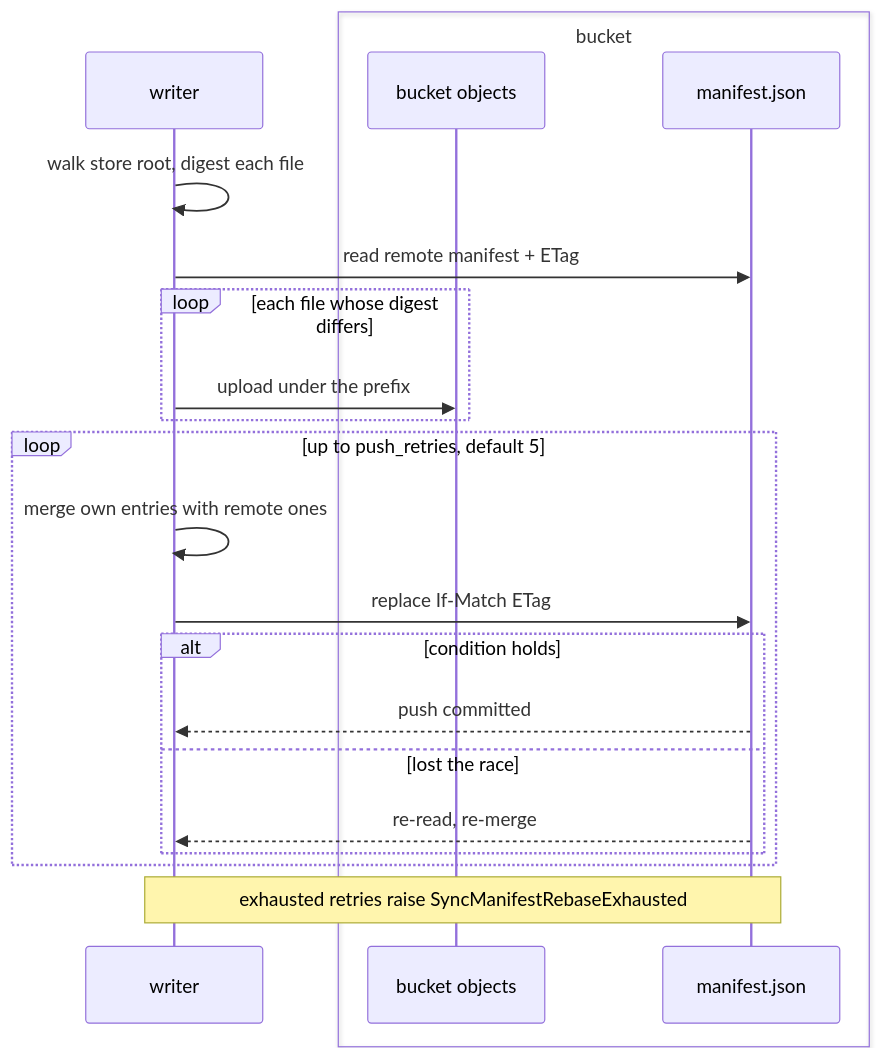
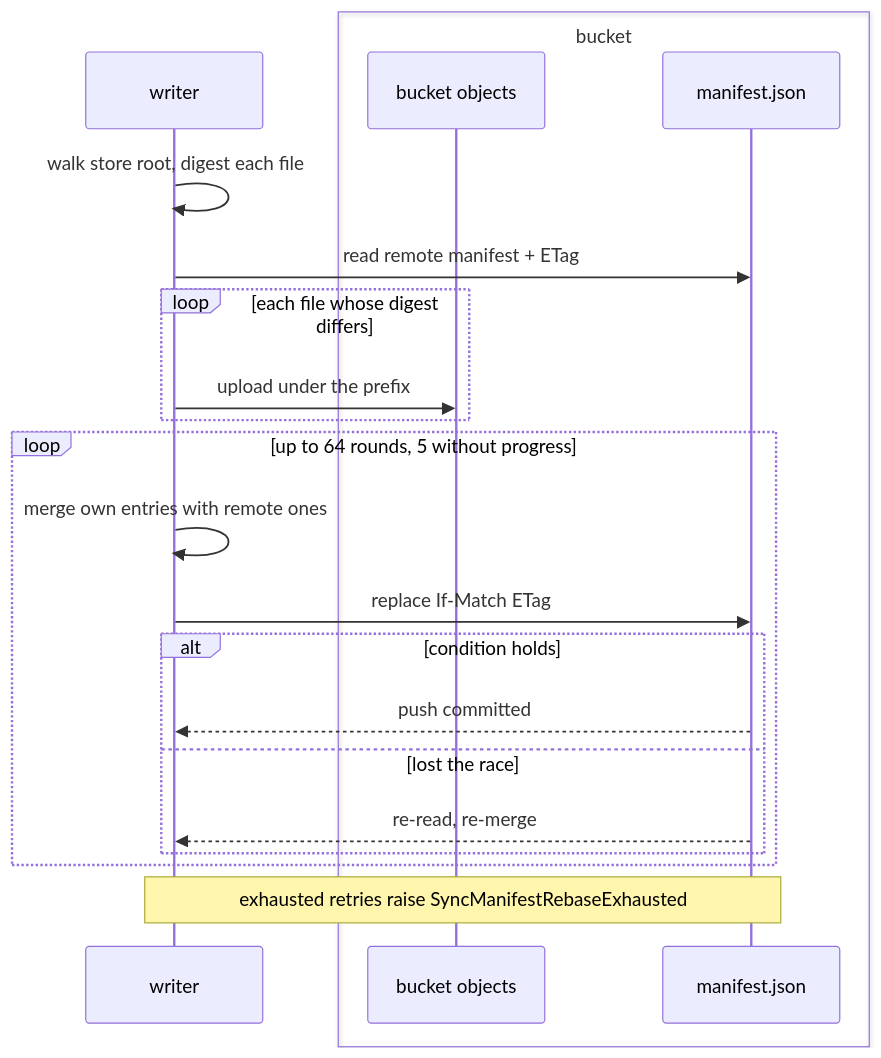
Before and after one commit to fractalboxdev/contextful: the third of 5 diagrams in spec/10-store.md, drawn with Mermaid. The commit also changed other lines of this file and 14 other files, not shown here.

````diff
--- a/spec/10-store.md
+++ b/spec/10-store.md
@@ -525,24 +527,24 @@
 ```mermaid
 sequenceDiagram
   participant W as writer
   box bucket
     participant B as bucket objects
     participant M as manifest.json
   end
 
   W->>W: walk store root, digest each file
   W->>M: read remote manifest + ETag
   loop each file whose digest differs
     W->>B: upload under the prefix
   end
-  loop up to push_retries, default 5
+  loop up to 64 rounds, 5 without progress
     W->>W: merge own entries with remote ones
     W->>M: replace If-Match ETag
     alt condition holds
       M-->>W: push committed
     else lost the race
       M-->>W: re-read, re-merge
     end
   end
   Note over W,M: exhausted retries raise SyncManifestRebaseExhausted
 ```
````
